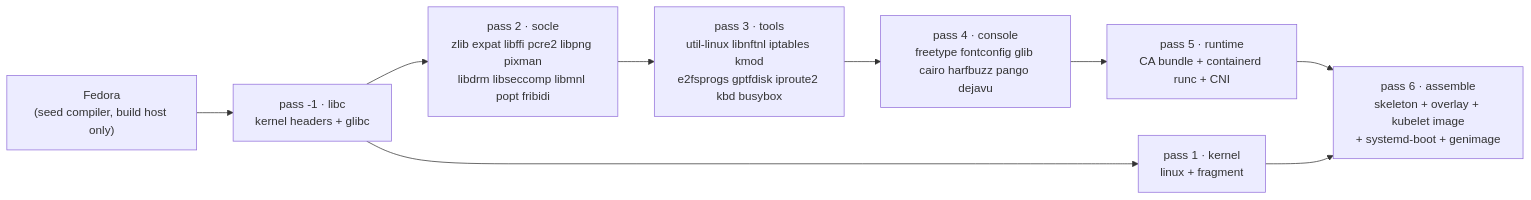
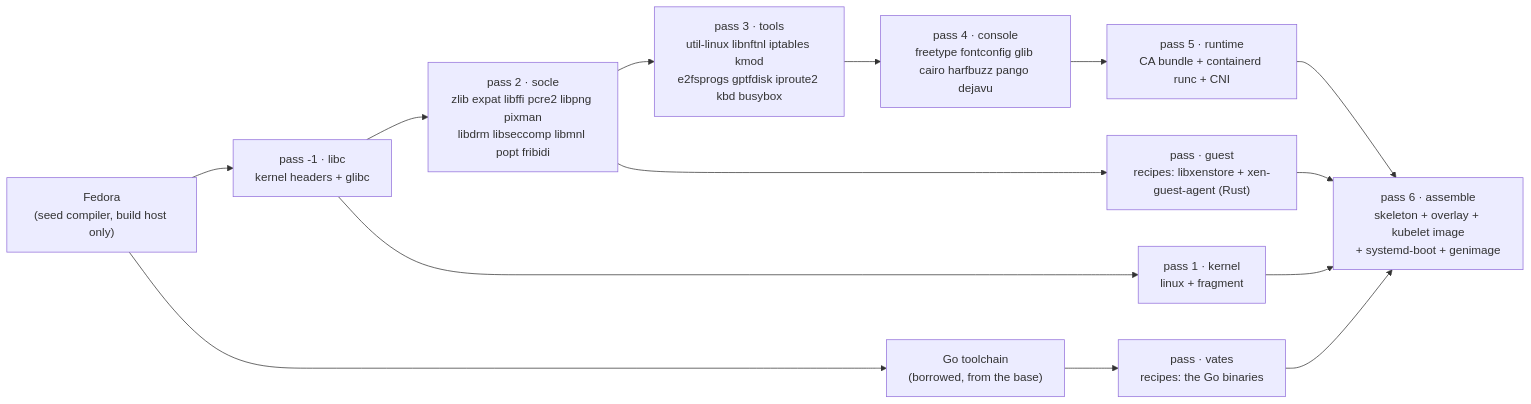
One commit to littlejo/vates-kube-os changed the diagram in docs/BUILD.md. Above: the diagram before and after it, drawn with Mermaid. The commit also changed other lines of this file and 15 other files, not shown here.

First line of the commit message:
build: recipes for the vates binaries and the Rust Xen guest agent

````diff
--- a/docs/BUILD.md
+++ b/docs/BUILD.md
@@ -39,14 +39,19 @@
 ```mermaid
 flowchart LR
     base["Fedora<br/>(seed compiler, build host only)"]
     libc["pass -1 · libc<br/>kernel headers + glibc"]
     socle["pass 2 · socle<br/>zlib expat libffi pcre2 libpng pixman<br/>libdrm libseccomp libmnl popt fribidi"]
     tools["pass 3 · tools<br/>util-linux libnftnl iptables kmod<br/>e2fsprogs gptfdisk iproute2 kbd busybox"]
     console["pass 4 · console<br/>freetype fontconfig glib cairo harfbuzz pango dejavu"]
     kernel["pass 1 · kernel<br/>linux + fragment"]
     runtime["pass 5 · runtime<br/>CA bundle + containerd runc + CNI"]
+    gobase["Go toolchain<br/>(borrowed, from the base)"]
+    vates["pass · vates<br/>recipes: the Go binaries"]
+    guest["pass · guest<br/>recipes: libxenstore + xen-guest-agent (Rust)"]
     disk["pass 6 · assemble<br/>skeleton + overlay + kubelet image<br/>+ systemd-boot + genimage"]
 
     base --> libc --> socle --> tools --> console --> runtime --> disk
     libc --> kernel --> disk
+    base --> gobase --> vates --> disk
+    socle --> guest --> disk
 ```
````
